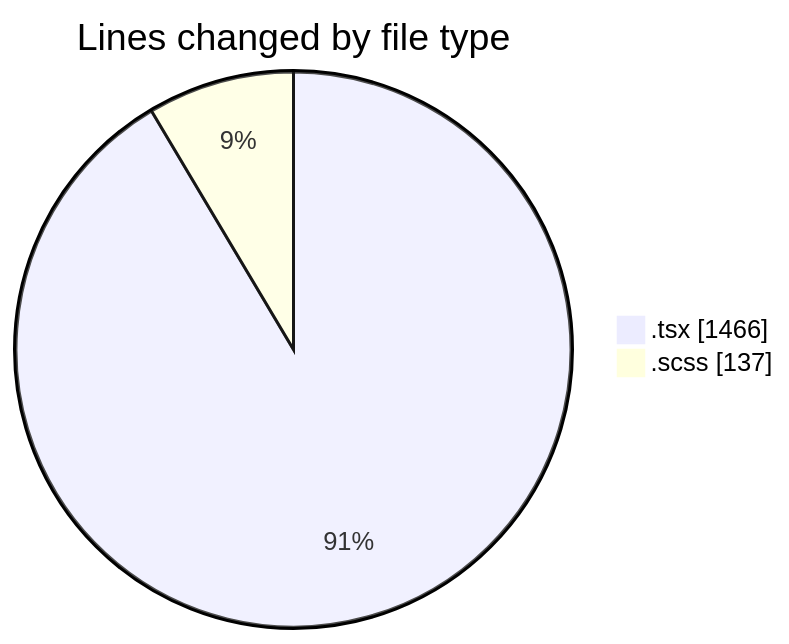
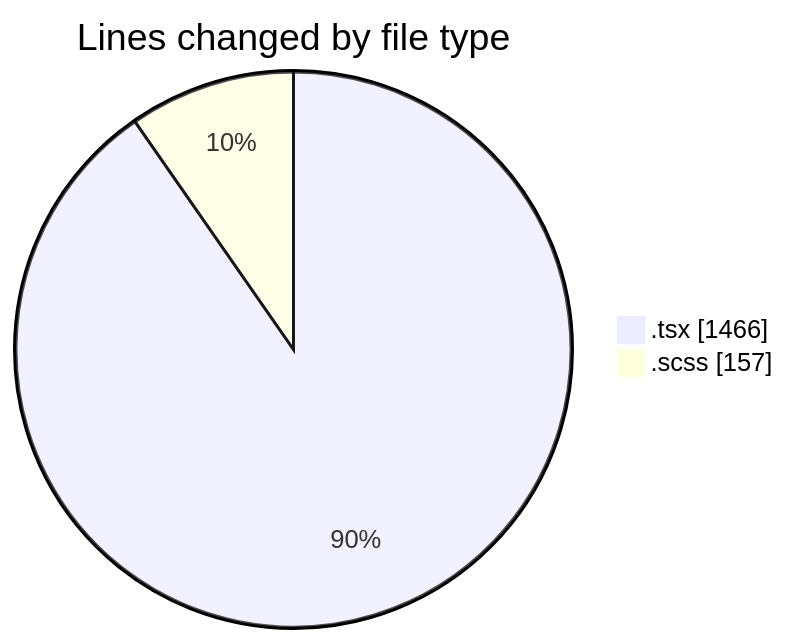
The first of 2 diagrams in 2025-04-07/cda/README.md (momahboobian/code-tracking), drawn with Mermaid before and after one commit. The commit also changed other lines of this file and 1 other file, not shown here.

````diff
--- a/2025-04-07/cda/README.md
+++ b/2025-04-07/cda/README.md
@@ -24,6 +24,6 @@
 ```mermaid
 pie showData
 title Lines changed by file type
 ".tsx" : 1466
-".scss" : 137
+".scss" : 157
 ```
````
